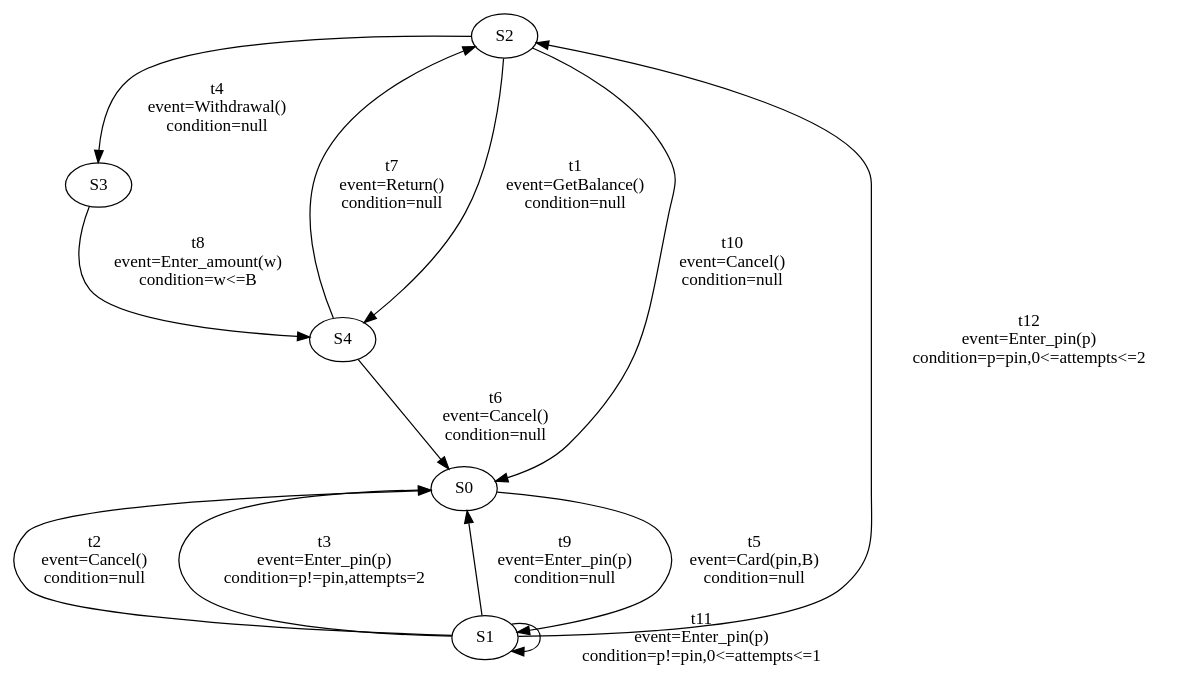
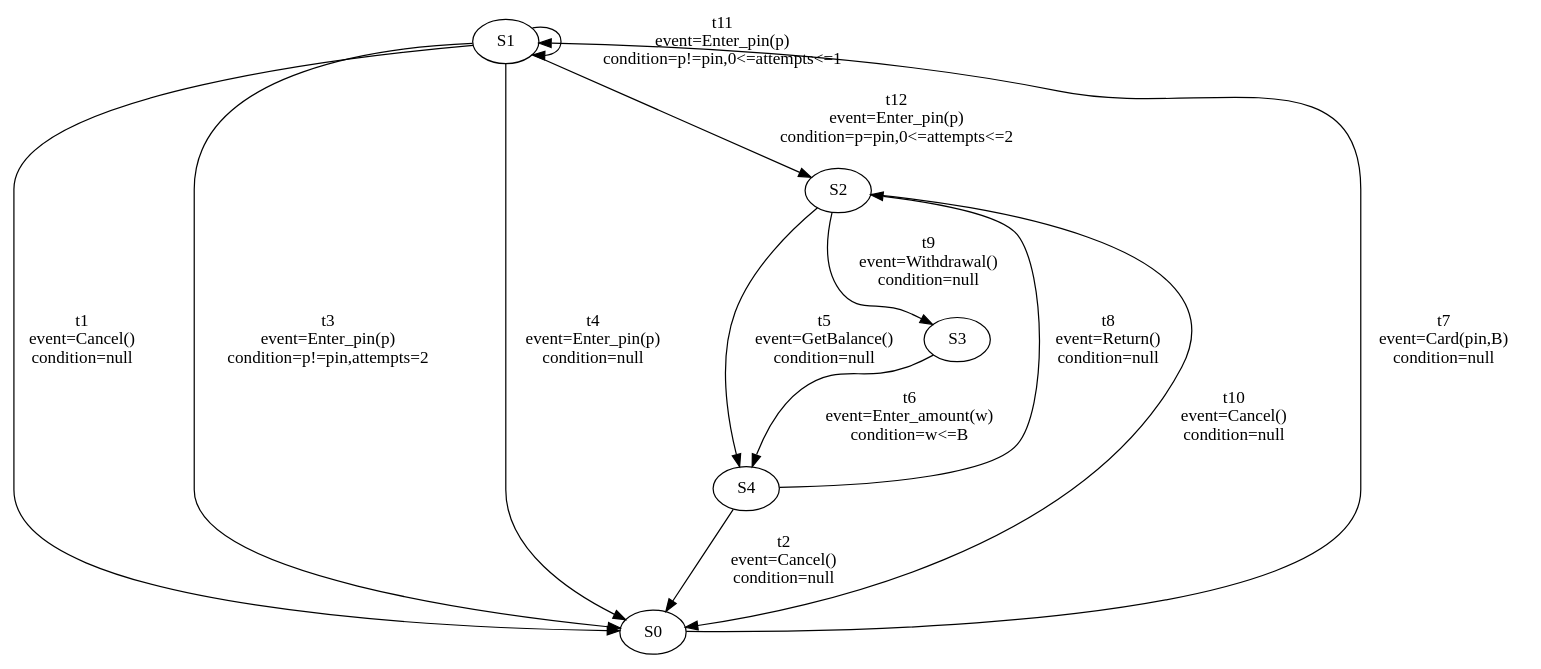
One commit to Catxiaobai/project changed the diagram in file/result1.dot. Above: the diagram before and after it, drawn with Graphviz. The commit also changed 7 other files, not shown here.

```diff
--- a/file/result1.dot
+++ b/file/result1.dot
@@ -1,38 +1,38 @@
 digraph g {
- S2 -> S4 [ label="t1
-event=GetBalance()
+ S1 -> S0 [ label="t1
+event=Cancel()
 condition=null" ];
- S1 -> S0 [ label="t2
+ S4 -> S0 [ label="t2
 event=Cancel()
 condition=null" ];
  S1 -> S0 [ label="t3
 event=Enter_pin(p)
 condition=p!=pin,attempts=2" ];
- S2 -> S3 [ label="t4
-event=Withdrawal()
+ S1 -> S0 [ label="t4
+event=Enter_pin(p)
 condition=null" ];
- S0 -> S1 [ label="t5
+ S2 -> S4 [ label="t5
+event=GetBalance()
+condition=null" ];
+ S3 -> S4 [ label="t6
+event=Enter_amount(w)
+condition=w<=B" ];
+ S0 -> S1 [ label="t7
 event=Card(pin,B)
 condition=null" ];
- S4 -> S0 [ label="t6
-event=Cancel()
-condition=null" ];
- S4 -> S2 [ label="t7
+ S4 -> S2 [ label="t8
 event=Return()
 condition=null" ];
- S3 -> S4 [ label="t8
-event=Enter_amount(w)
-condition=w<=B" ];
- S1 -> S0 [ label="t9
-event=Enter_pin(p)
+ S2 -> S3 [ label="t9
+event=Withdrawal()
 condition=null" ];
  S2 -> S0 [ label="t10
 event=Cancel()
 condition=null" ];
  S1 -> S1 [ label="t11
 event=Enter_pin(p)
 condition=p!=pin,0<=attempts<=1" ];
  S1 -> S2 [ label="t12
 event=Enter_pin(p)
 condition=p=pin,0<=attempts<=2" ];
 }
```
